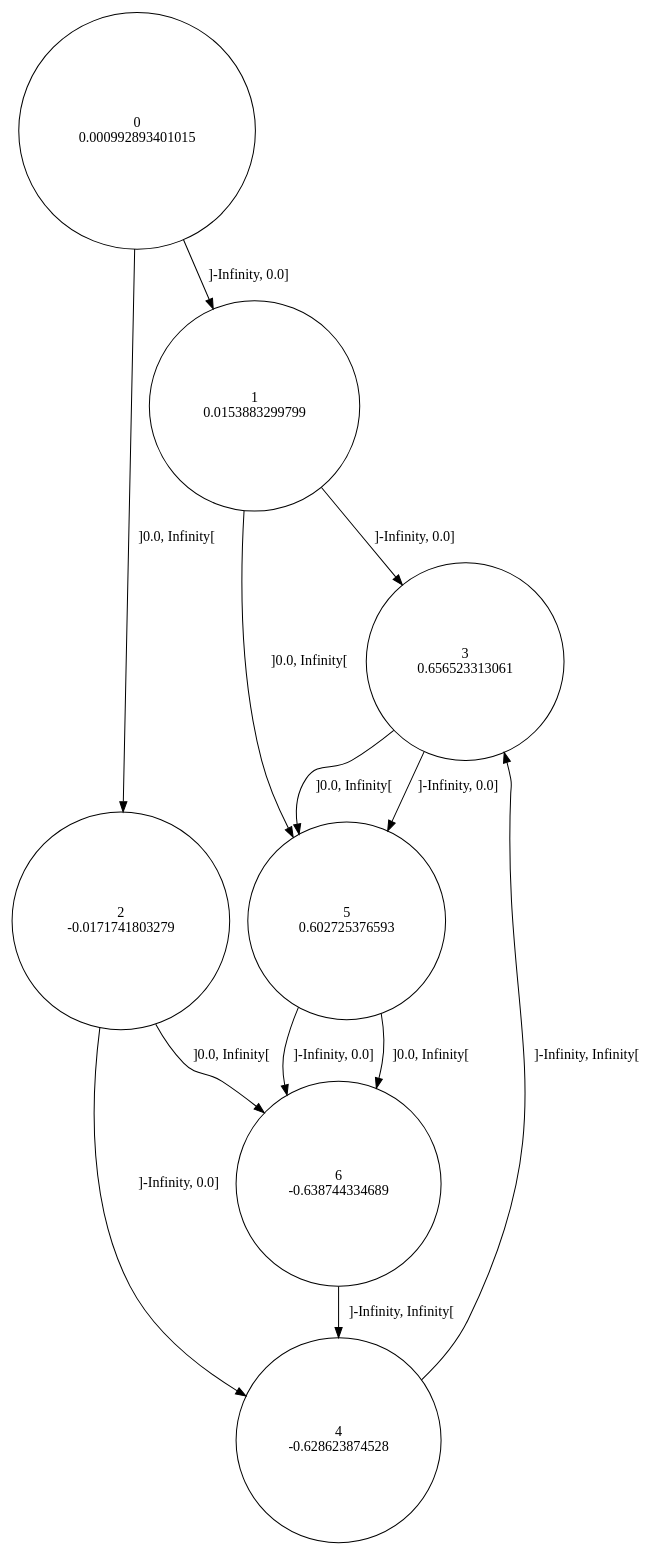
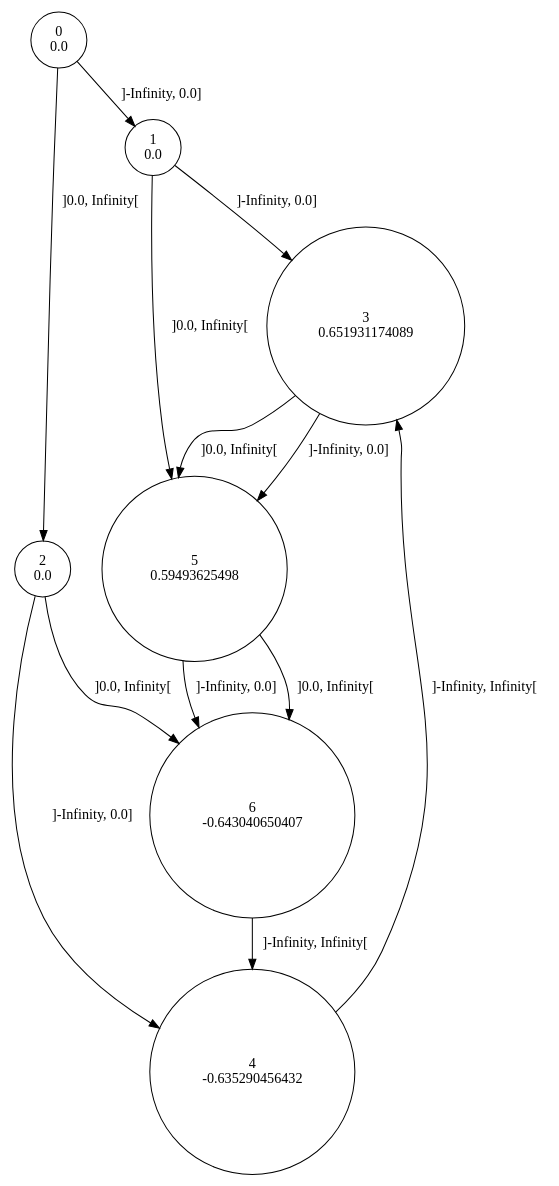
One commit to gllpellegrino/RAI_experiments changed the diagram in sinus/data/1/rtisy.dot. Above: the diagram before and after it, drawn with Graphviz. The commit also changed 148 other files, not shown here.

```diff
--- a/sinus/data/1/rtisy.dot
+++ b/sinus/data/1/rtisy.dot
@@ -1,21 +1,21 @@
 digraph a {
-0 [shape=circle, label="0\n0.000992893401015"];
+0 [shape=circle, label="0\n0.0"];
 	0 -> 1 [label="]-Infinity, 0.0]"];
 	0 -> 2 [label="]0.0, Infinity["];
-1 [shape=circle, label="1\n0.0153883299799"];
+1 [shape=circle, label="1\n0.0"];
 	1 -> 3 [label="]-Infinity, 0.0]"];
 	1 -> 5 [label="]0.0, Infinity["];
-2 [shape=circle, label="2\n-0.0171741803279"];
+2 [shape=circle, label="2\n0.0"];
 	2 -> 4 [label="]-Infinity, 0.0]"];
 	2 -> 6 [label="]0.0, Infinity["];
-3 [shape=circle, label="3\n0.656523313061"];
+3 [shape=circle, label="3\n0.651931174089"];
 	3 -> 5 [label="]-Infinity, 0.0]"];
 	3 -> 5 [label="]0.0, Infinity["];
-4 [shape=circle, label="4\n-0.628623874528"];
+4 [shape=circle, label="4\n-0.635290456432"];
 	4 -> 3 [label="]-Infinity, Infinity["];
-5 [shape=circle, label="5\n0.602725376593"];
+5 [shape=circle, label="5\n0.59493625498"];
 	5 -> 6 [label="]-Infinity, 0.0]"];
 	5 -> 6 [label="]0.0, Infinity["];
-6 [shape=circle, label="6\n-0.638744334689"];
+6 [shape=circle, label="6\n-0.643040650407"];
 	6 -> 4 [label="]-Infinity, Infinity["];
 }
```
